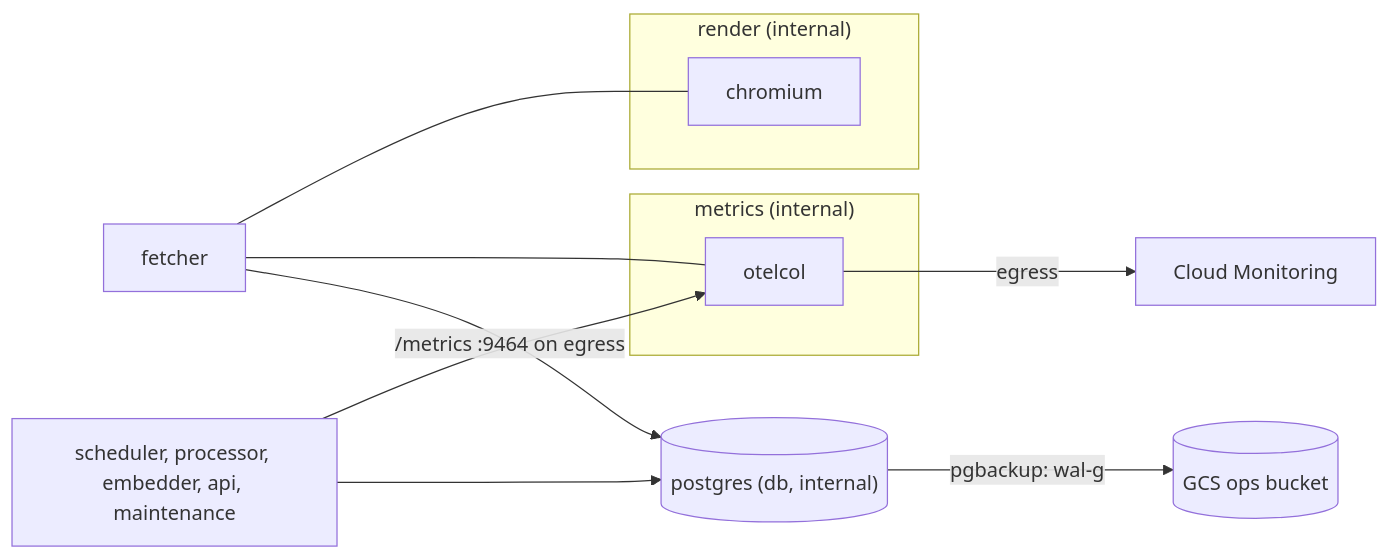
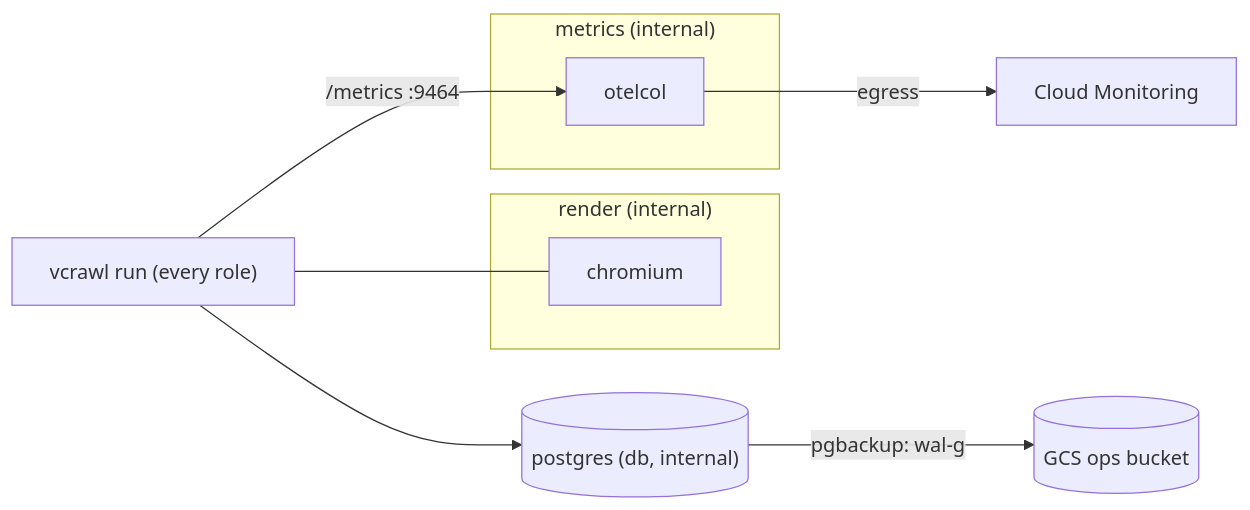
One commit to rupakc/travel-planner-crawler changed the first of 2 diagrams in docs/wiki/Operations-and-Deploy.md. Above: the diagram before and after it, drawn with Mermaid. The commit also changed other lines of this file and 18 other files, not shown here.

````diff
--- a/docs/wiki/Operations-and-Deploy.md
+++ b/docs/wiki/Operations-and-Deploy.md
@@ -67,16 +67,14 @@
 ```mermaid
 flowchart LR
   subgraph render["render (internal)"]
     CHR["chromium"]
   end
   subgraph metrics["metrics (internal)"]
     OTEL["otelcol"]
   end
-  FET["fetcher"] --- CHR
-  FET --- OTEL
-  ROLES["scheduler, processor, embedder, api, maintenance"] -->|"/metrics :9464 on egress"| OTEL
-  FET --> DB[("postgres (db, internal)")]
-  ROLES --> DB
+  VC["vcrawl run (every role)"] --- CHR
+  VC -->|"/metrics :9464"| OTEL
+  VC --> DB[("postgres (db, internal)")]
   DB -->|"pgbackup: wal-g"| GCS[("GCS ops bucket")]
   OTEL -->|"egress"| CM["Cloud Monitoring"]
 ```
````
